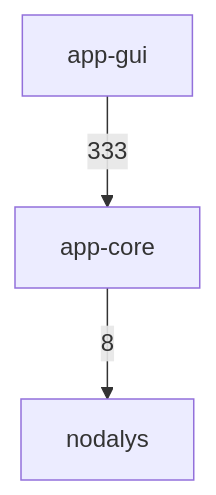
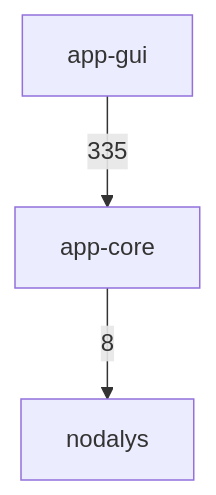
Before and after one commit to ronnymilleo/imcsim: the first of 3 diagrams in docs/architecture.md, drawn with Mermaid. The commit also changed other lines of this file, not shown here.

Commit message:
Regenerate the include diagram

````diff
--- a/docs/architecture.md
+++ b/docs/architecture.md
@@ -22,8 +22,8 @@
 ```mermaid
 flowchart TD
     app_gui[app-gui]
     app_core[app-core]
     nodalys[nodalys]
     app_core -->|8| nodalys
-    app_gui -->|333| app_core
+    app_gui -->|335| app_core
 ```
````
